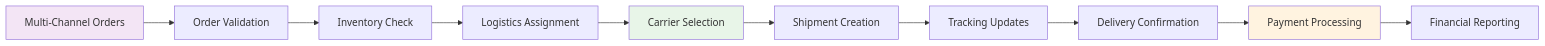
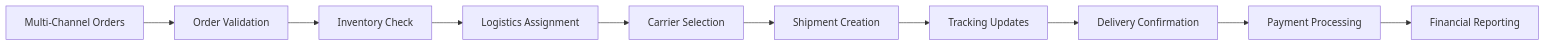
The second of 7 diagrams in DigiHub_Readme.md (sandeepkumar0801/Digihub), drawn with Mermaid before and after one commit. The commit also changed other lines of this file, not shown here.

Commit message:
update style of diagrams

````diff
--- a/DigiHub_Readme.md
+++ b/DigiHub_Readme.md
@@ -133,16 +128,12 @@
 ```mermaid
 graph LR
     A[Multi-Channel Orders] --> B[Order Validation]
     B --> C[Inventory Check]
     C --> D[Logistics Assignment]
     D --> E[Carrier Selection]
     E --> F[Shipment Creation]
     F --> G[Tracking Updates]
     G --> H[Delivery Confirmation]
     H --> I[Payment Processing]
     I --> J[Financial Reporting]
-
-    style A fill:#f3e5f5
-    style E fill:#e8f5e8
-    style I fill:#fff3e0
 ```
````
